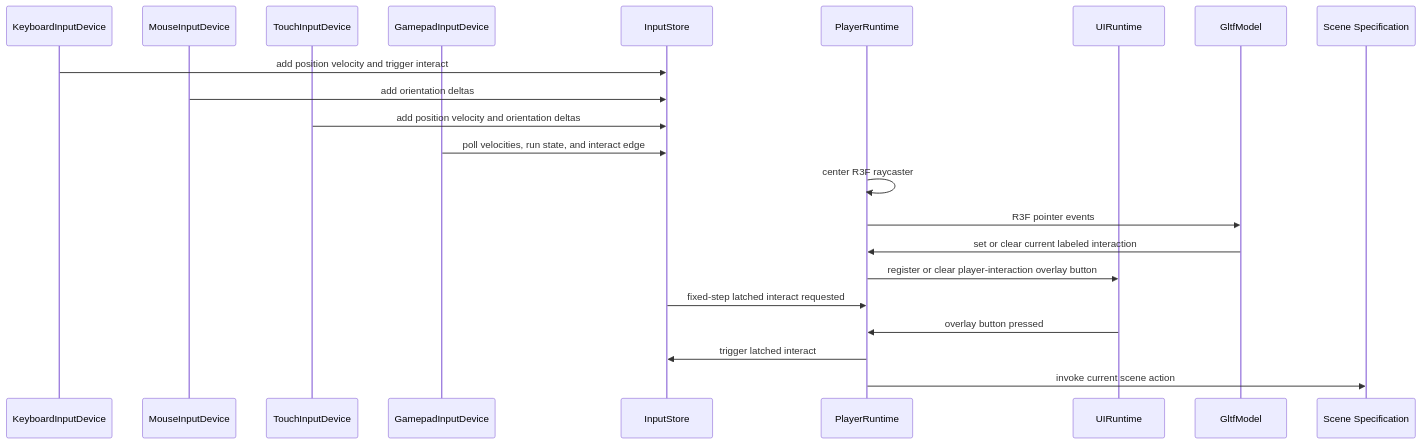
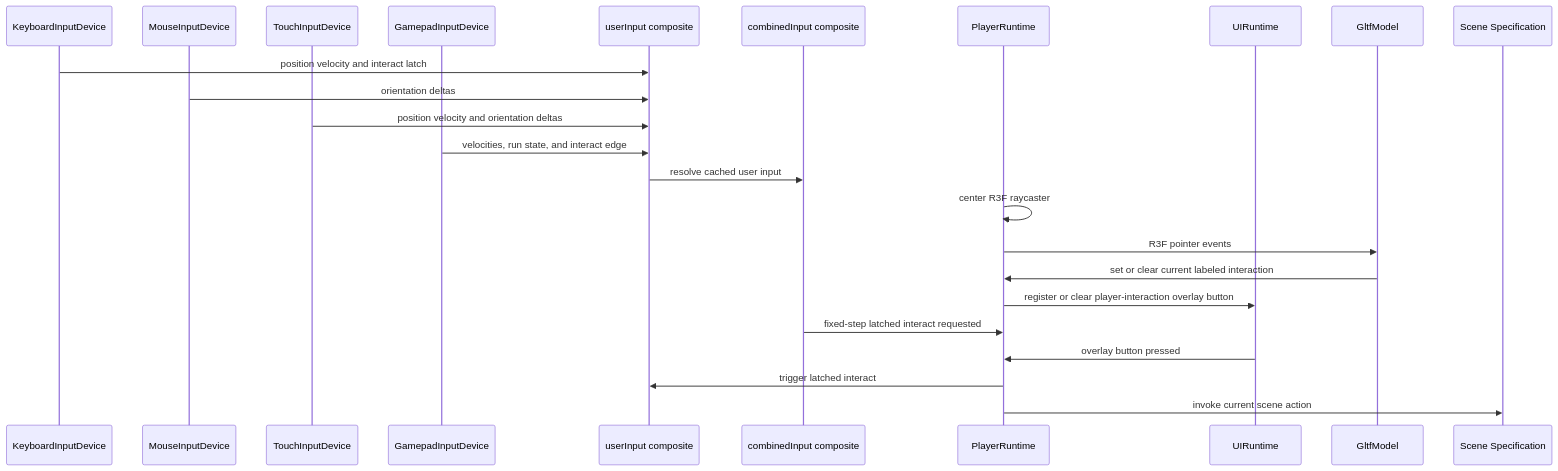
Before and after one commit to raolir/omnipraxis: the sixth of 9 diagrams in docs/architecture.md, drawn with Mermaid. The commit also changed other lines of this file and 8 other files, not shown here.

````diff
--- a/docs/architecture.md
+++ b/docs/architecture.md
@@ -183,25 +190,27 @@
 ```mermaid
 sequenceDiagram
   participant Keyboard as KeyboardInputDevice
   participant Mouse as MouseInputDevice
   participant Touch as TouchInputDevice
   participant Gamepad as GamepadInputDevice
-  participant Store as InputStore
+  participant UserInput as userInput composite
+  participant CombinedInput as combinedInput composite
   participant Player as PlayerRuntime
   participant UI as UIRuntime
   participant Model as GltfModel
   participant Scene as Scene Specification
 
-  Keyboard->>Store: add position velocity and trigger interact
-  Mouse->>Store: add orientation deltas
-  Touch->>Store: add position velocity and orientation deltas
-  Gamepad->>Store: poll velocities, run state, and interact edge
+  Keyboard->>UserInput: position velocity and interact latch
+  Mouse->>UserInput: orientation deltas
+  Touch->>UserInput: position velocity and orientation deltas
+  Gamepad->>UserInput: velocities, run state, and interact edge
+  UserInput->>CombinedInput: resolve cached user input
   Player->>Player: center R3F raycaster
   Player->>Model: R3F pointer events
   Model->>Player: set or clear current labeled interaction
   Player->>UI: register or clear player-interaction overlay button
-  Store->>Player: fixed-step latched interact requested
+  CombinedInput->>Player: fixed-step latched interact requested
   UI->>Player: overlay button pressed
-  Player->>Store: trigger latched interact
+  Player->>UserInput: trigger latched interact
   Player->>Scene: invoke current scene action
 ```
````
